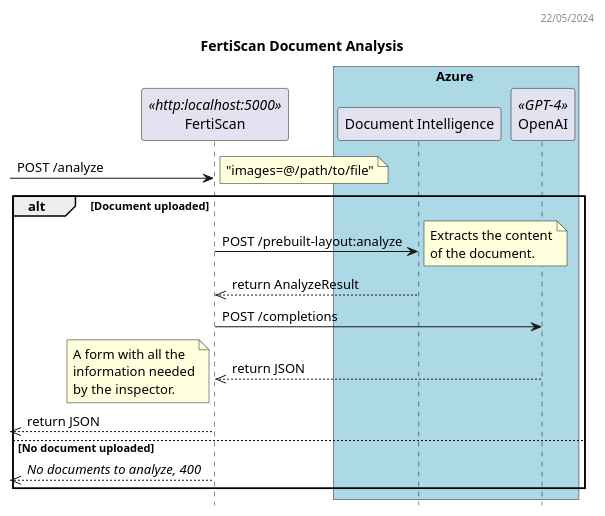
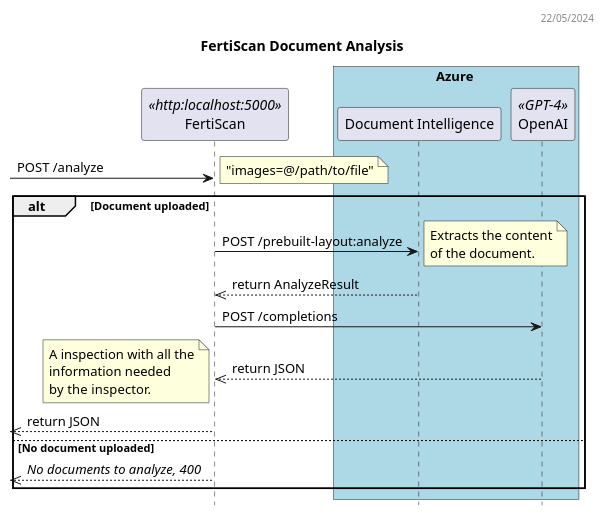
One commit to ai-cfia/fertiscan-backend changed the diagram in docs/plantuml/analyze_dss.puml. Above: the diagram before and after it, drawn with PlantUML. The commit also changed 13 other files, not shown here.

```diff
--- a/docs/plantuml/analyze_dss.puml
+++ b/docs/plantuml/analyze_dss.puml
@@ -1,38 +1,38 @@
 @startuml Analyze DSS
 header 22/05/2024
 
 title FertiScan Document Analysis
 hide empty members
 hide footbox
 
 participant FertiScan as BE <<http:localhost:5000>>
 box Azure #LightBlue
 participant "Document Intelligence" as D
 participant "OpenAI" as O<<GPT-4>>
 end box
 
 -> BE: POST /analyze
 note right
     "images=@/path/to/file"
 end note
 alt Document uploaded
 BE -> D: POST /prebuilt-layout:analyze
 note right
 Extracts the content
 of the document.
 end note
 BE <<-- D: return AnalyzeResult
 BE -> O: POST /completions
 BE <<-- O: return JSON
 note left
-A form with all the
+A inspection with all the
 information needed
 by the inspector.
 end note
 <<-- BE: return JSON
 else No document uploaded
 <<-- BE: //No documents to analyze, 400// 
 end
 
 
 @enduml
```
